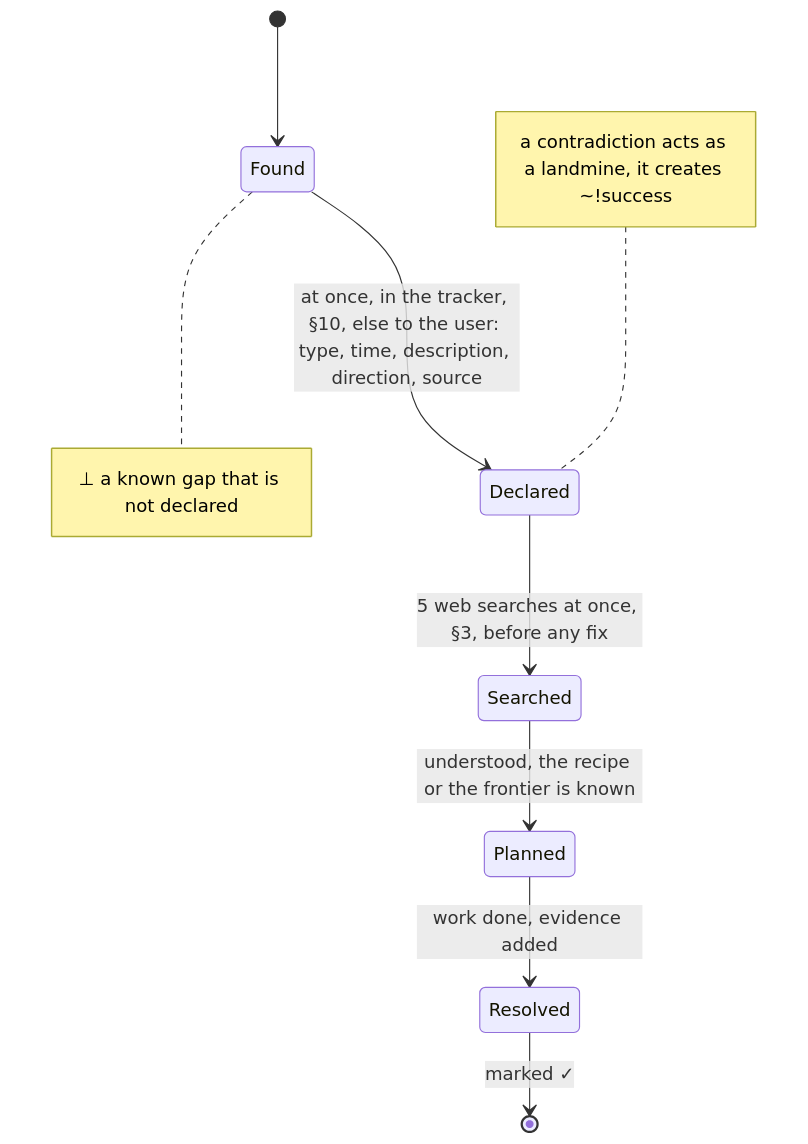
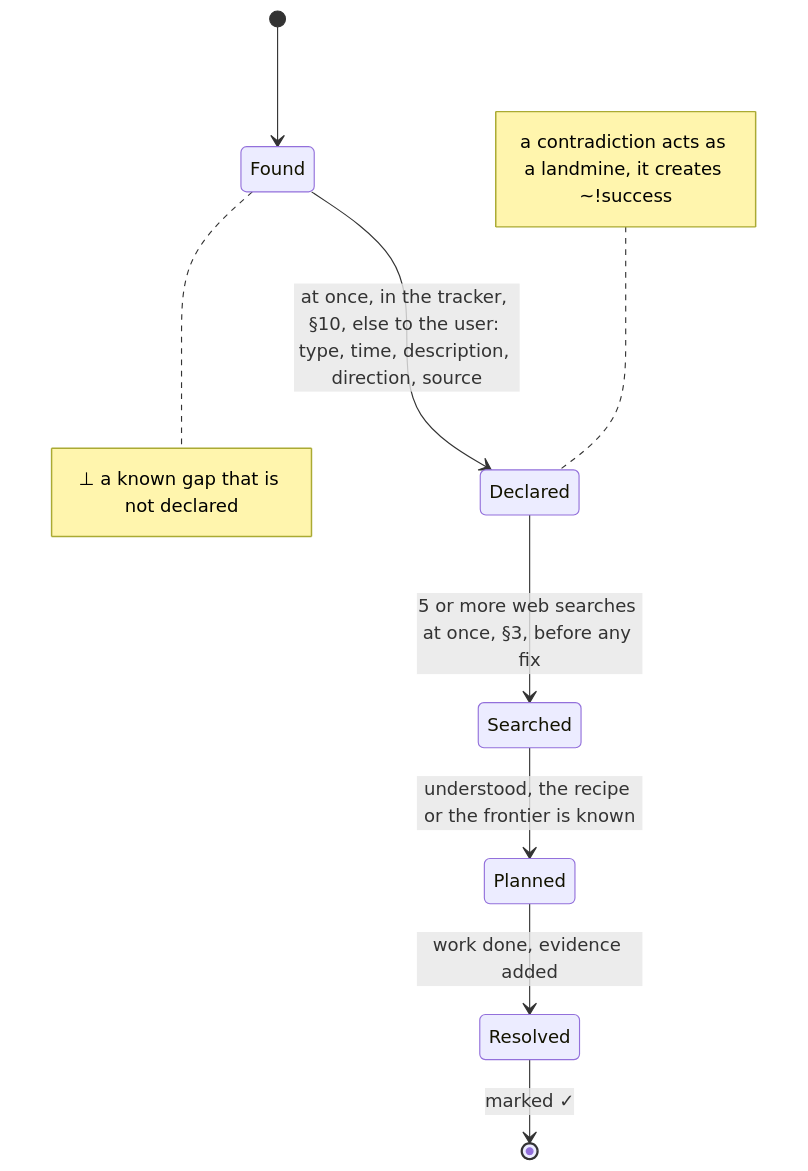
Diagram 13 of 14 in AGENTS.md (SolenixAI/arbiter), drawn with Mermaid before and after one commit. The commit also changed other lines of this file and 2 other files, not shown here.

````diff
--- a/AGENTS.md
+++ b/AGENTS.md
@@ -508,11 +508,11 @@
 ```mermaid
 stateDiagram-v2
   [*] --> Found
   Found --> Declared: at once, in the tracker, §10, else to the user: type, time, description, direction, source
-  Declared --> Searched: 5 web searches at once, §3, before any fix
+  Declared --> Searched: 5 or more web searches at once, §3, before any fix
   Searched --> Planned: understood, the recipe or the frontier is known
   Planned --> Resolved: work done, evidence added
   Resolved --> [*]: marked ✓
   note right of Found : ⊥ a known gap that is not declared
   note left of Declared : a contradiction acts as a landmine, it creates ~!success
 ```
````
